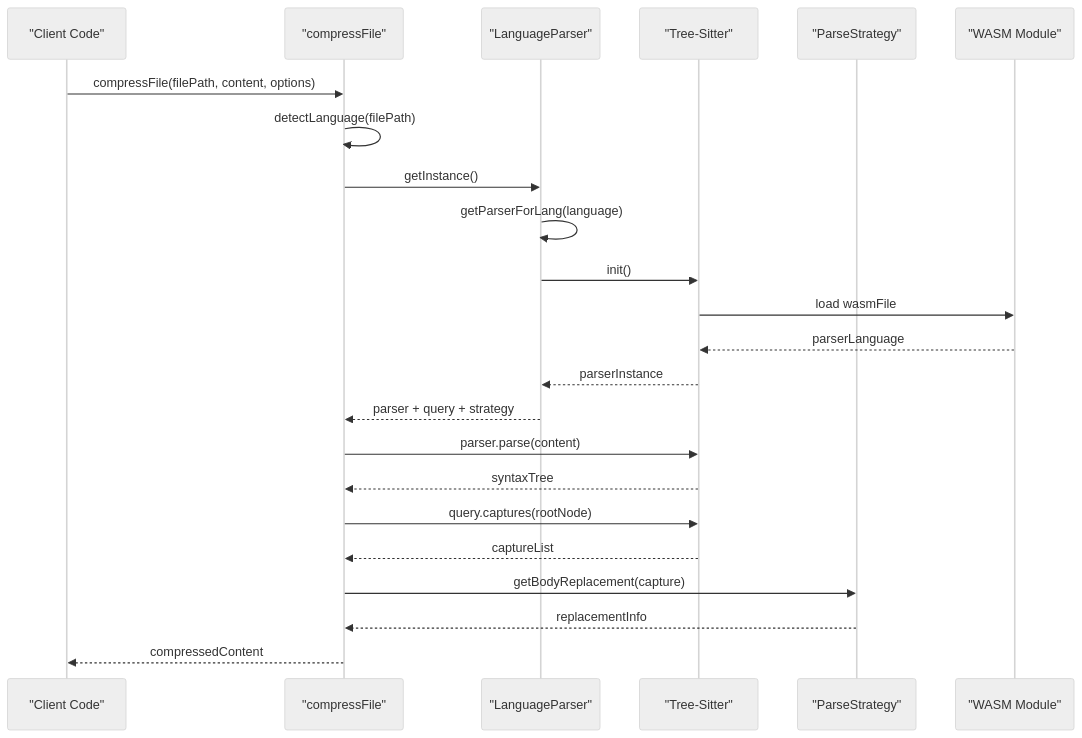
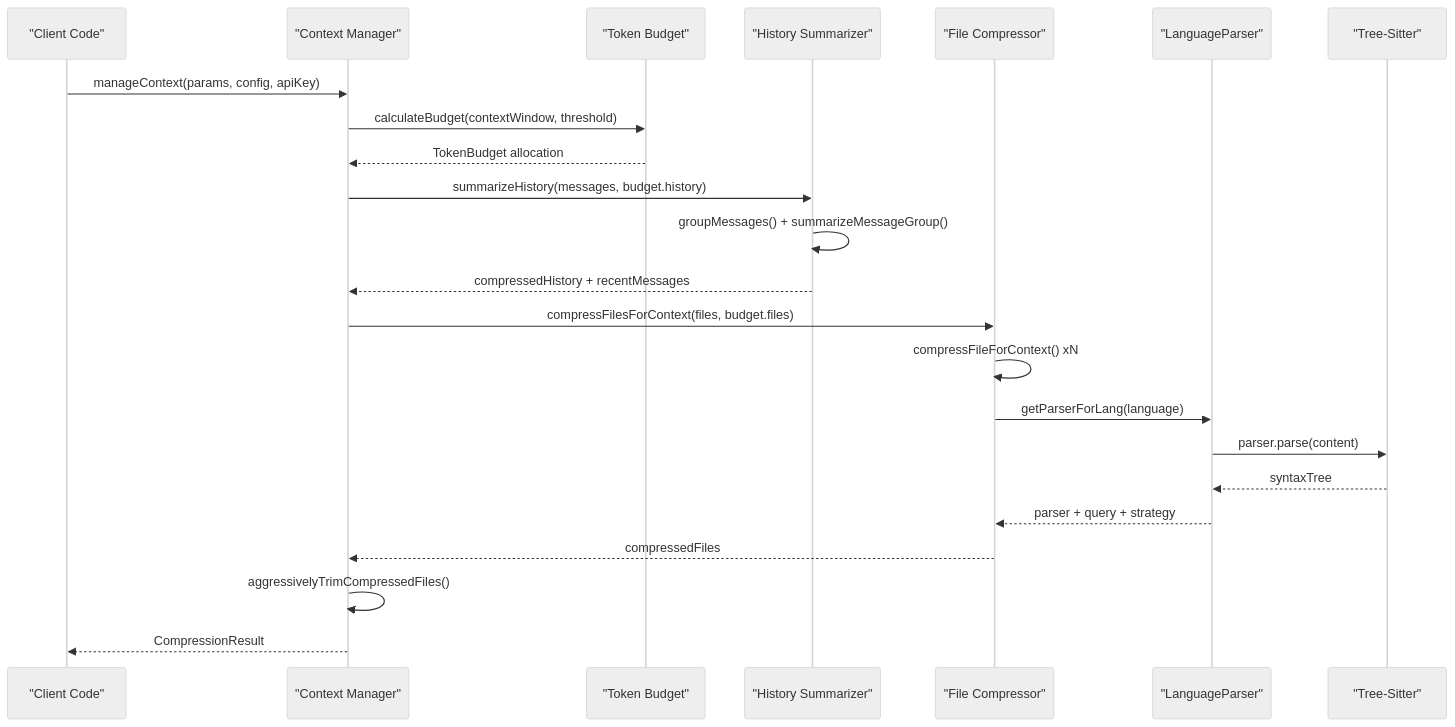
One commit to bramburn/repomix-runner changed the second of 7 diagrams in .qoder/repowiki/en/content/Core Features/Multi-Language Compression Support.md. Above: the diagram before and after it, drawn with Mermaid (neutral theme). The commit also changed other lines of this file and 40 other files, not shown here.

````diff
--- a/.qoder/repowiki/en/content/Core Features/Multi-Language Compression Support.md
+++ b/.qoder/repowiki/en/content/Core Features/Multi-Language Compression Support.md
@@ -130,25 +175,25 @@
 ```mermaid
 sequenceDiagram
 participant Client as "Client Code"
-participant CF as "compressFile"
+participant CM as "Context Manager"
+participant TB as "Token Budget"
+participant HS as "History Summarizer"
+participant FC as "File Compressor"
 participant LP as "LanguageParser"
 participant TS as "Tree-Sitter"
-participant PS as "ParseStrategy"
-participant WS as "WASM Module"
-Client->>CF : compressFile(filePath, content, options)
-CF->>CF : detectLanguage(filePath)
-CF->>LP : getInstance()
-LP->>LP : getParserForLang(language)
-LP->>TS : init()
-TS->>WS : load wasmFile
-WS-->>TS : parserLanguage
-TS-->>LP : parserInstance
-LP-->>CF : parser + query + strategy
-CF->>TS : parser.parse(content)
-TS-->>CF : syntaxTree
-CF->>TS : query.captures(rootNode)
-TS-->>CF : captureList
-CF->>PS : getBodyReplacement(capture)
-PS-->>CF : replacementInfo
-CF-->>Client : compressedContent
+Client->>CM : manageContext(params, config, apiKey)
+CM->>TB : calculateBudget(contextWindow, threshold)
+TB-->>CM : TokenBudget allocation
+CM->>HS : summarizeHistory(messages, budget.history)
+HS->>HS : groupMessages() + summarizeMessageGroup()
+HS-->>CM : compressedHistory + recentMessages
+CM->>FC : compressFilesForContext(files, budget.files)
+FC->>FC : compressFileForContext() xN
+FC->>LP : getParserForLang(language)
+LP->>TS : parser.parse(content)
+TS-->>LP : syntaxTree
+LP-->>FC : parser + query + strategy
+FC-->>CM : compressedFiles
+CM->>CM : aggressivelyTrimCompressedFiles()
+CM-->>Client : CompressionResult
 ```
````
